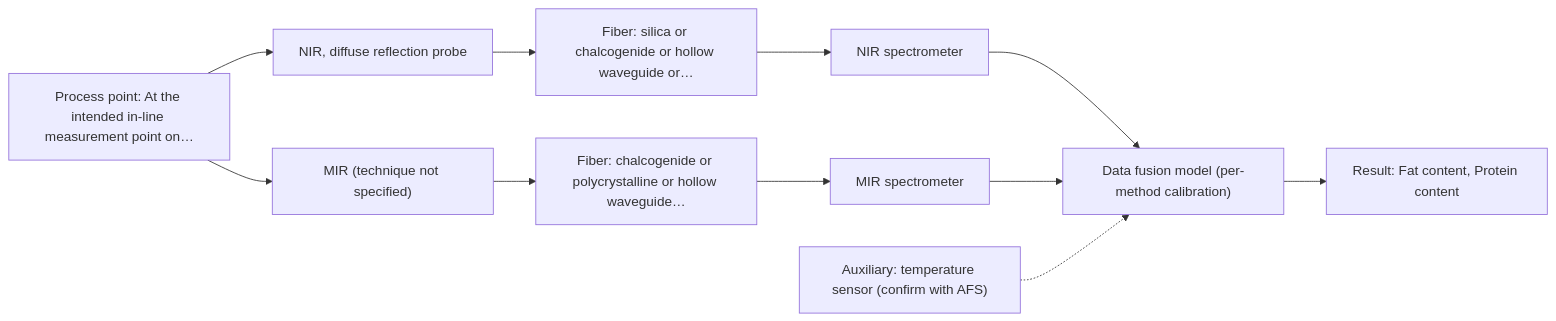
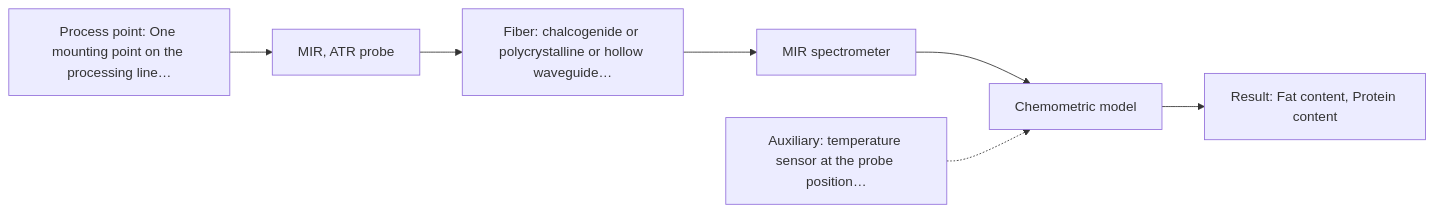
Before and after one commit to sleipnir029/Afs-Spectroscopy-Assistant: the second of 2 diagrams in outputs/dev/D02.md, drawn with Mermaid. The commit also changed other lines of this file and 41 other files, not shown here.

````diff
--- a/outputs/dev/D02.md
+++ b/outputs/dev/D02.md
@@ -87,23 +97,16 @@
 ```mermaid
 flowchart LR
-    proc["Process point: At the intended in-line measurement point on…"]
-    probe1["NIR, diffuse reflection probe"]
-    fiber1["Fiber: silica or chalcogenide or hollow waveguide or…"]
-    spec1["NIR spectrometer"]
-    probe2["MIR (technique not specified)"]
-    fiber2["Fiber: chalcogenide or polycrystalline or hollow waveguide…"]
-    spec2["MIR spectrometer"]
-    model["Data fusion model (per-method calibration)"]
+    proc["Process point: One mounting point on the processing line…"]
+    probe1["MIR, ATR probe"]
+    fiber1["Fiber: chalcogenide or polycrystalline or hollow waveguide…"]
+    spec1["MIR spectrometer"]
+    model["Chemometric model"]
     result["Result: Fat content, Protein content"]
-    aux1["Auxiliary: temperature sensor (confirm with AFS)"]
+    aux1["Auxiliary: temperature sensor at the probe position…"]
     proc --> probe1
     probe1 --> fiber1
     fiber1 --> spec1
     spec1 --> model
-    proc --> probe2
-    probe2 --> fiber2
-    fiber2 --> spec2
-    spec2 --> model
     model --> result
     aux1 -.-> model
 ```
````
